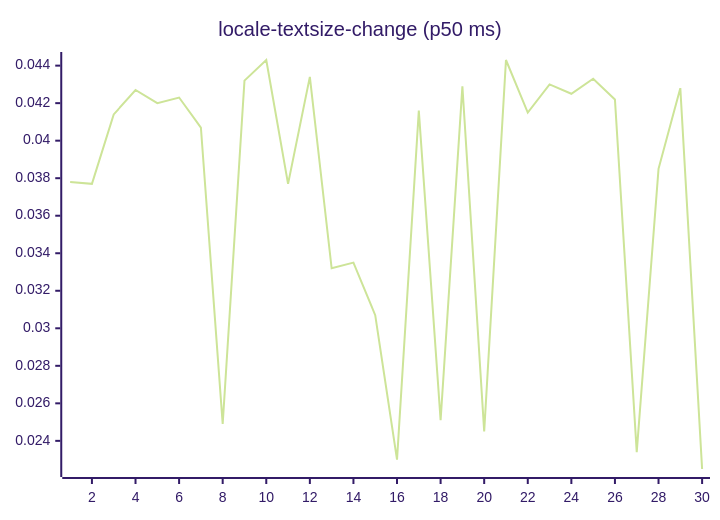
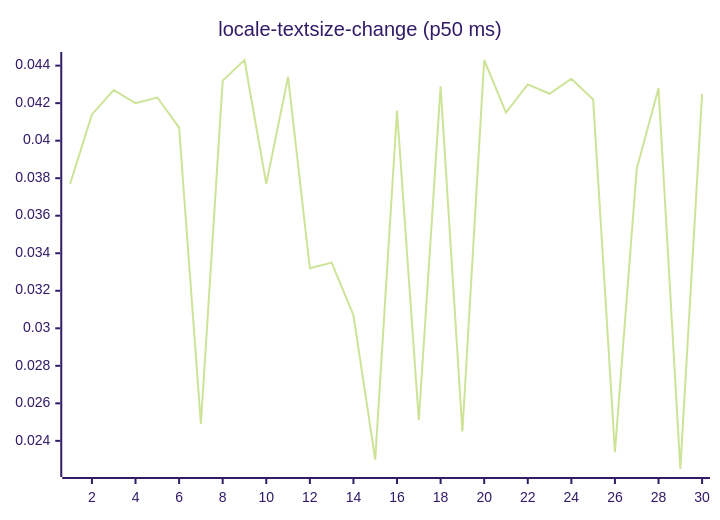
Diagram 13 of 27 in README.md (josha/Facet), drawn with Mermaid (forest theme) before and after one commit. The commit also changed other lines of this file and 2 other files, not shown here.

````diff
--- a/README.md
+++ b/README.md
@@ -147,6 +147,6 @@
 ```mermaid
 xychart-beta
     title "locale-textsize-change (p50 ms)"
     x-axis 1 --> 30
-    line [0.0378, 0.0377, 0.0414, 0.0427, 0.0420, 0.0423, 0.0407, 0.0249, 0.0432, 0.0443, 0.0377, 0.0434, 0.0332, 0.0335, 0.0307, 0.0230, 0.0416, 0.0251, 0.0429, 0.0245, 0.0443, 0.0415, 0.0430, 0.0425, 0.0433, 0.0422, 0.0234, 0.0385, 0.0428, 0.0225]
+    line [0.0377, 0.0414, 0.0427, 0.0420, 0.0423, 0.0407, 0.0249, 0.0432, 0.0443, 0.0377, 0.0434, 0.0332, 0.0335, 0.0307, 0.0230, 0.0416, 0.0251, 0.0429, 0.0245, 0.0443, 0.0415, 0.0430, 0.0425, 0.0433, 0.0422, 0.0234, 0.0385, 0.0428, 0.0225, 0.0425]
 ```
````
